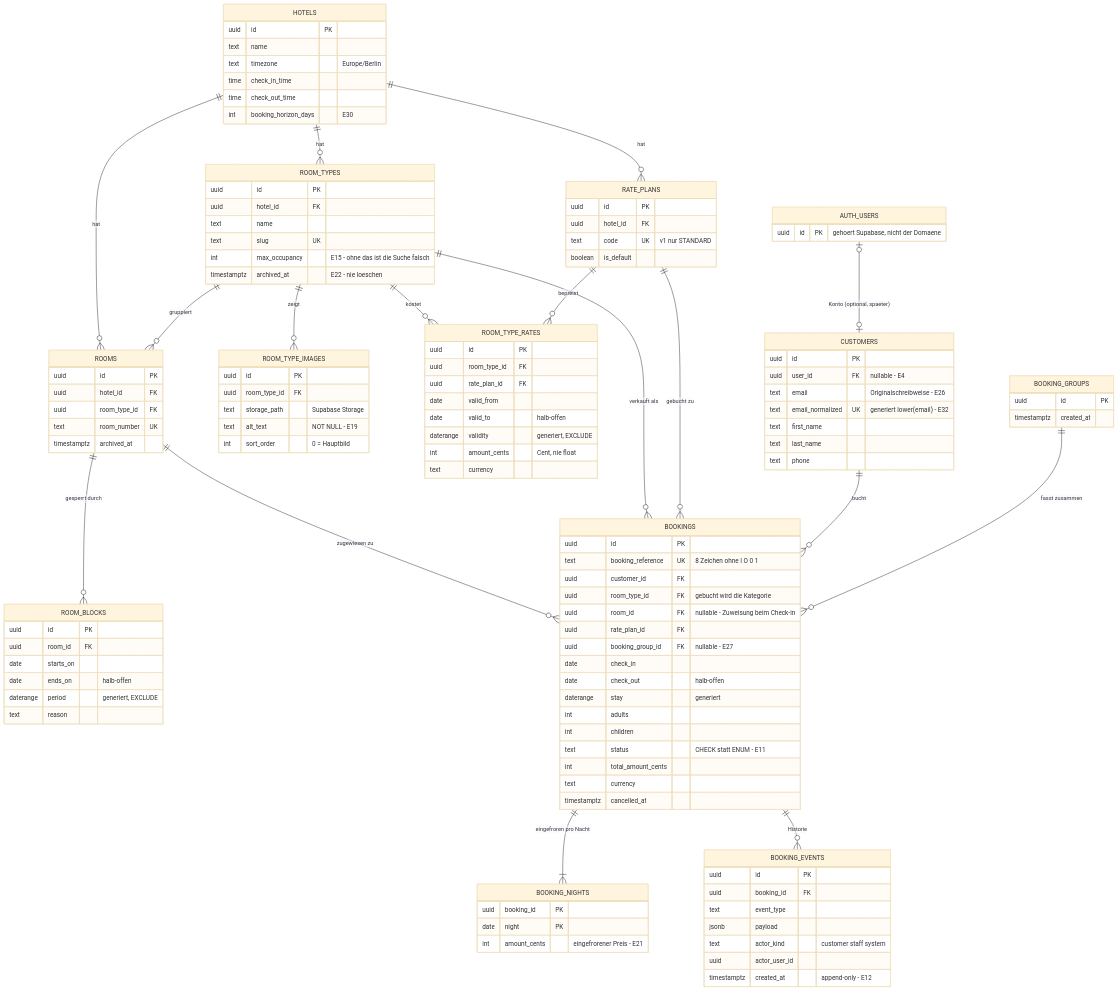
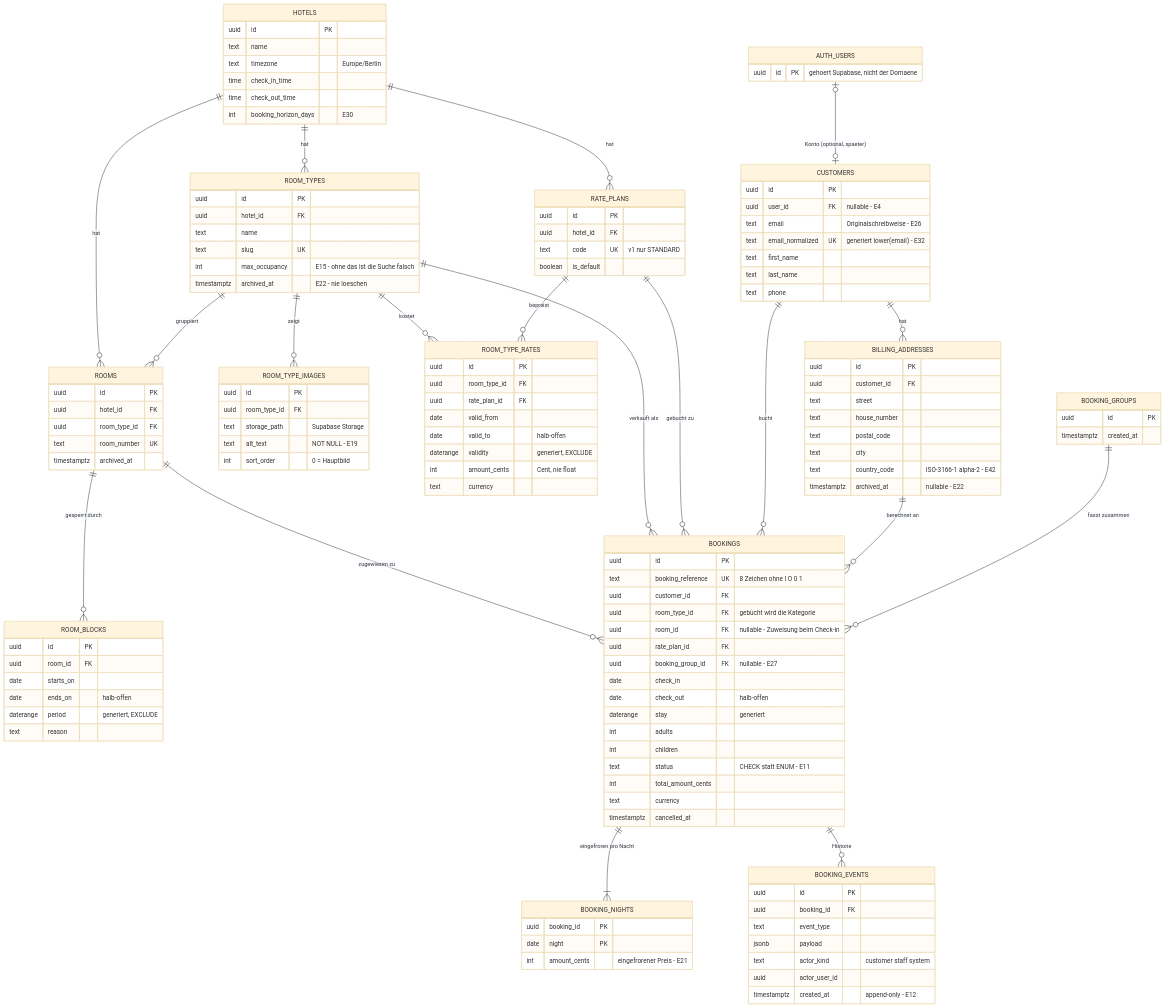
One commit to Developer-Akademie-Frontendkurs/hotelanwendung changed the diagram in docs/datenbank/schema.md. Above: the diagram before and after it, drawn with Mermaid (base theme). The commit also changed other lines of this file and 2 other files, not shown here.

```diff
--- a/docs/datenbank/schema.md
+++ b/docs/datenbank/schema.md
@@ -27,6 +27,8 @@
     ROOM_TYPES ||--o{ BOOKINGS : "verkauft als"
     RATE_PLANS ||--o{ BOOKINGS : "gebucht zu"
     CUSTOMERS ||--o{ BOOKINGS : "bucht"
+    CUSTOMERS ||--o{ BILLING_ADDRESSES : "hat"
+    BILLING_ADDRESSES ||--o{ BOOKINGS : "berechnet an"
     BOOKING_GROUPS ||--o{ BOOKINGS : "fasst zusammen"
 
     BOOKINGS ||--|{ BOOKING_NIGHTS : "eingefroren pro Nacht"
@@ -105,6 +107,17 @@
         text phone
     }
 
+    BILLING_ADDRESSES {
+        uuid id PK
+        uuid customer_id FK
+        text street
+        text house_number
+        text postal_code
+        text city
+        text country_code "ISO-3166-1 alpha-2 - E42"
+        timestamptz archived_at "nullable - E22"
+    }
+
     BOOKING_GROUPS {
         uuid id PK
         timestamptz created_at
```
